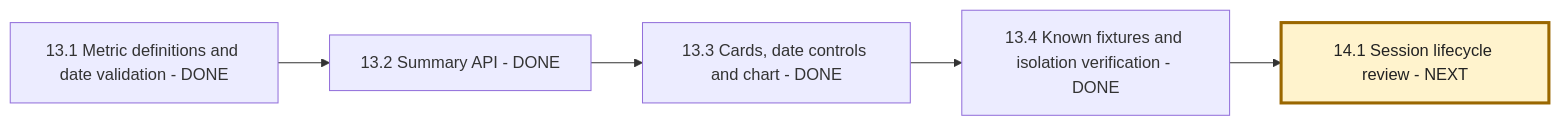
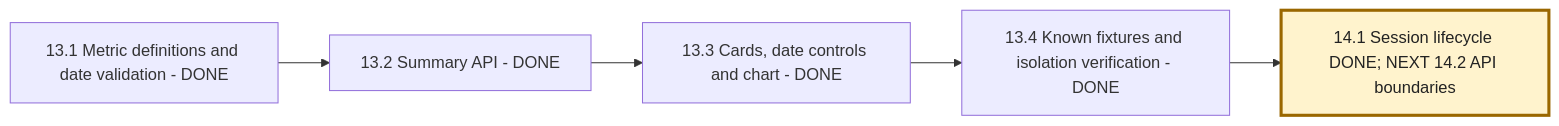
Before and after one commit to msdian0007/nexaAi: the fifth of 6 diagrams in NEXAAI_ROADMAP.md, drawn with Mermaid. The commit also changed other lines of this file and 26 other files, not shown here.

````diff
--- a/NEXAAI_ROADMAP.md
+++ b/NEXAAI_ROADMAP.md
@@ -343,8 +344,8 @@
 ```mermaid
 flowchart LR
     A[13.1 Metric definitions and date validation - DONE] --> B[13.2 Summary API - DONE]
     B --> C[13.3 Cards, date controls and chart - DONE]
     C --> D[13.4 Known fixtures and isolation verification - DONE]
-    D --> E[14.1 Session lifecycle review - NEXT]
+    D --> E[14.1 Session lifecycle DONE; NEXT 14.2 API boundaries]
     style E fill:#fff3cd,stroke:#9a6700,stroke-width:3px,color:#222
 ```
````
